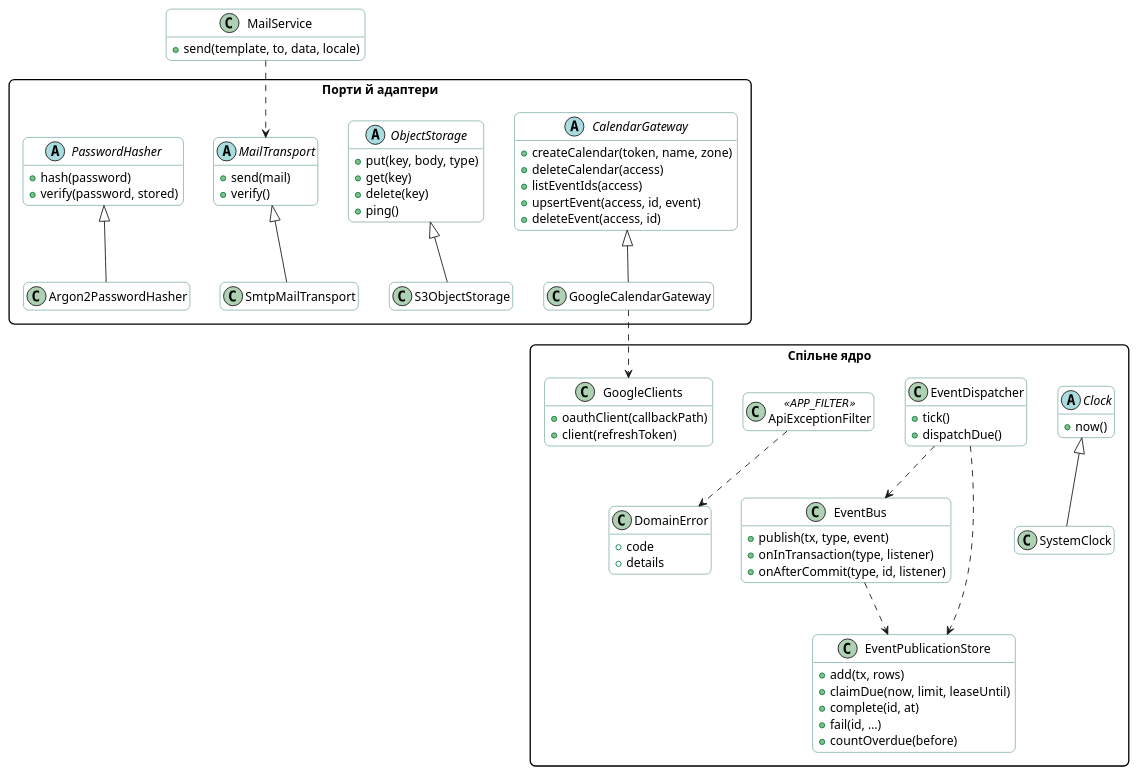
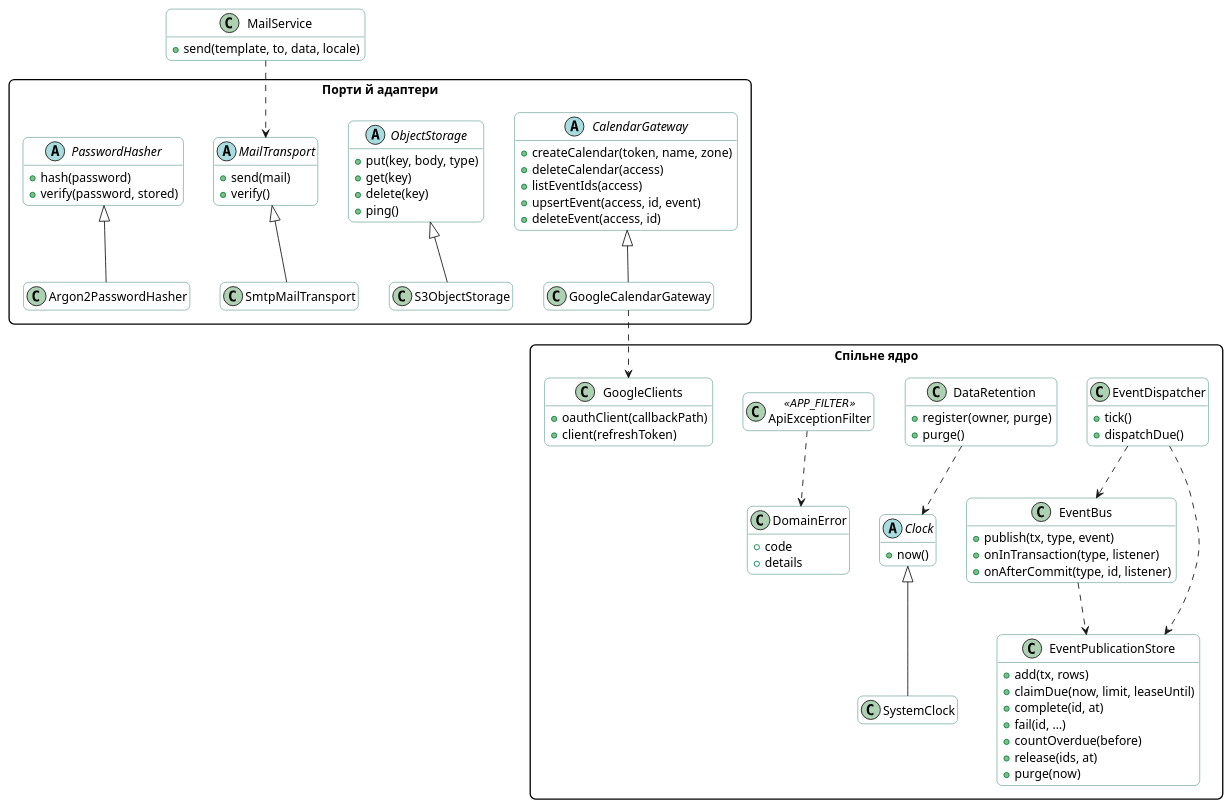
One commit to mzabrodin/Errandly changed the diagram in docs/diagrams/class/shared-kernel.puml. Above: the diagram before and after it, drawn with PlantUML. The commit also changed 18 other files, not shown here.

Commit message:
feat(backend): purge data past its retention period

```diff
--- a/docs/diagrams/class/shared-kernel.puml
+++ b/docs/diagrams/class/shared-kernel.puml
@@ -1,85 +1,92 @@
 @startuml shared-kernel
 skinparam shadowing false
 skinparam defaultFontName "Inter, Segoe UI, Arial"
 skinparam RoundCorner 12
 skinparam ClassBackgroundColor #FFFFFF
 skinparam ClassBorderColor #1F6F64
 skinparam packageStyle rectangle
 hide empty members
 
 package "Спільне ядро" {
   class EventBus {
     +publish(tx, type, event)
     +onInTransaction(type, listener)
     +onAfterCommit(type, id, listener)
   }
   class EventDispatcher {
     +tick()
     +dispatchDue()
   }
   class EventPublicationStore {
     +add(tx, rows)
     +claimDue(now, limit, leaseUntil)
     +complete(id, at)
     +fail(id, …)
     +countOverdue(before)
+    +release(ids, at)
+    +purge(now)
+  }
+  class DataRetention {
+    +register(owner, purge)
+    +purge()
   }
   abstract class Clock {
     +now()
   }
   class SystemClock
   class DomainError {
     +code
     +details
   }
   class ApiExceptionFilter <<APP_FILTER>>
   class GoogleClients {
     +oauthClient(callbackPath)
     +client(refreshToken)
   }
 }
 
 package "Порти й адаптери" {
   abstract class PasswordHasher {
     +hash(password)
     +verify(password, stored)
   }
   class Argon2PasswordHasher
   abstract class MailTransport {
     +send(mail)
     +verify()
   }
   class SmtpMailTransport
   abstract class ObjectStorage {
     +put(key, body, type)
     +get(key)
     +delete(key)
     +ping()
   }
   class S3ObjectStorage
   abstract class CalendarGateway {
     +createCalendar(token, name, zone)
     +deleteCalendar(access)
     +listEventIds(access)
     +upsertEvent(access, id, event)
     +deleteEvent(access, id)
   }
   class GoogleCalendarGateway
 }
 
 class MailService {
   +send(template, to, data, locale)
 }
 
 EventBus ..> EventPublicationStore
 EventDispatcher ..> EventPublicationStore
 EventDispatcher ..> EventBus
+DataRetention ..> Clock
 ApiExceptionFilter ..> DomainError
 MailService ..> MailTransport
 SystemClock -up-|> Clock
 Argon2PasswordHasher -up-|> PasswordHasher
 SmtpMailTransport -up-|> MailTransport
 S3ObjectStorage -up-|> ObjectStorage
 GoogleCalendarGateway -up-|> CalendarGateway
 GoogleCalendarGateway ..> GoogleClients
 @enduml
```
